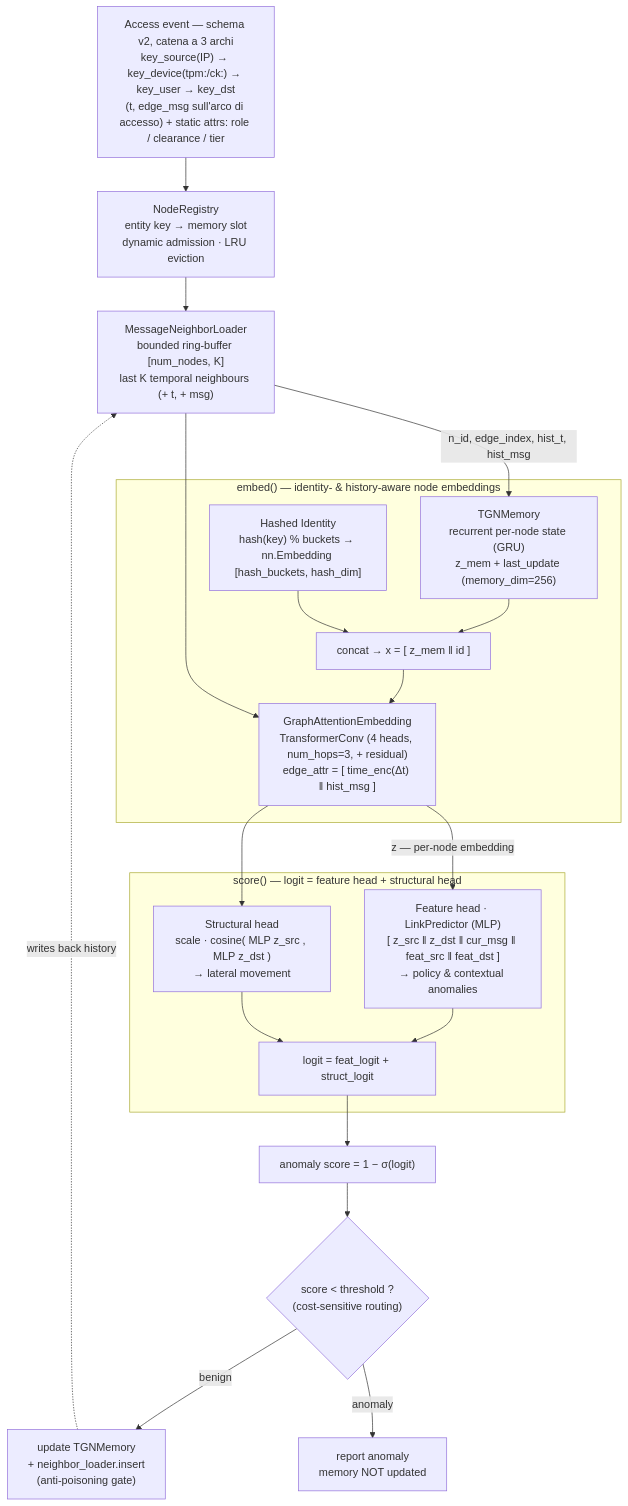
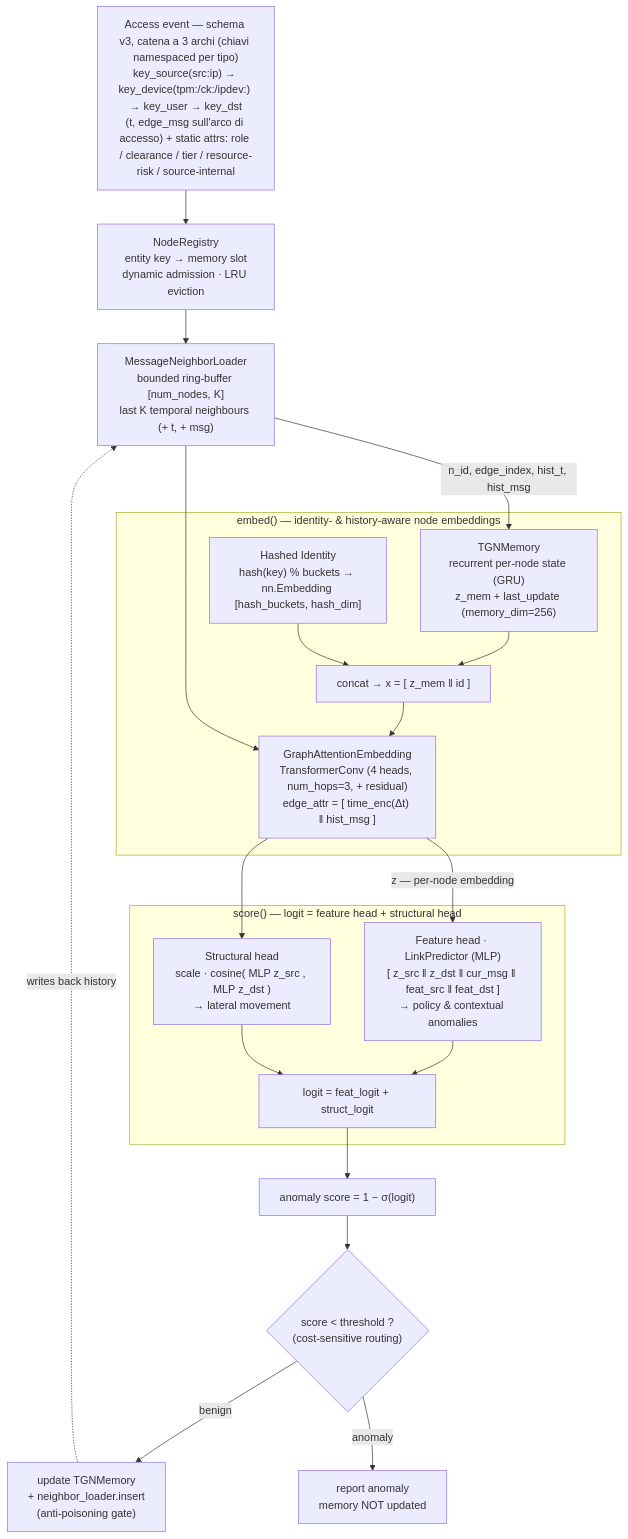
Before and after one commit to DDoS-Fury/Papergate: the diagram in README.md, drawn with Mermaid. The commit also changed other lines of this file and 12 other files, not shown here.

````diff
--- a/README.md
+++ b/README.md
@@ -55,35 +55,35 @@
 ```mermaid
 flowchart TD
-    EV["Access event — schema v2, catena a 3 archi<br/>key_source(IP) → key_device(tpm:/ck:) → key_user → key_dst<br/>(t, edge_msg sull'arco di accesso) + static attrs: role / clearance / tier"]
+    EV["Access event — schema v3, catena a 3 archi (chiavi namespaced per tipo)<br/>key_source(src:ip) → key_device(tpm:/ck:/ipdev:) → key_user → key_dst<br/>(t, edge_msg sull'arco di accesso) + static attrs: role / clearance / tier / resource-risk / source-internal"]
     REG["NodeRegistry<br/>entity key → memory slot<br/>dynamic admission · LRU eviction"]
     NL["MessageNeighborLoader<br/>bounded ring-buffer [num_nodes, K]<br/>last K temporal neighbours (+ t, + msg)"]
     EV --> REG --> NL
 
     subgraph EMB["embed() — identity- & history-aware node embeddings"]
         MEM["TGNMemory<br/>recurrent per-node state (GRU)<br/>z_mem + last_update (memory_dim=256)"]
         ID["Hashed Identity<br/>hash(key) % buckets → nn.Embedding [hash_buckets, hash_dim]"]
         CAT["concat → x = [ z_mem ‖ id ]"]
         GNN["GraphAttentionEmbedding<br/>TransformerConv (4 heads, num_hops=3, + residual)<br/>edge_attr = [ time_enc(Δt) ‖ hist_msg ]"]
         MEM --> CAT
         ID --> CAT
         CAT --> GNN
     end
     NL -->|"n_id, edge_index, hist_t, hist_msg"| MEM
     NL --> GNN
 
     subgraph SCOREG["score() — logit = feature head + structural head"]
         FEAT["Feature head · LinkPredictor (MLP)<br/>[ z_src ‖ z_dst ‖ cur_msg ‖ feat_src ‖ feat_dst ]<br/>→ policy & contextual anomalies"]
         STR["Structural head<br/>scale · cosine( MLP z_src , MLP z_dst )<br/>→ lateral movement"]
         SUM["logit = feat_logit + struct_logit"]
         FEAT --> SUM
         STR --> SUM
     end
 
     GNN -->|"z — per-node embedding"| FEAT
     GNN --> STR
     SUM --> SCO["anomaly score = 1 − σ(logit)"]
     SCO --> GATE{"score &lt; threshold ?<br/>(cost-sensitive routing)"}
     GATE -->|benign| UPD["update TGNMemory<br/>+ neighbor_loader.insert<br/>(anti-poisoning gate)"]
     GATE -->|anomaly| REP["report anomaly<br/>memory NOT updated"]
     UPD -.->|writes back history| NL
 ```
````
